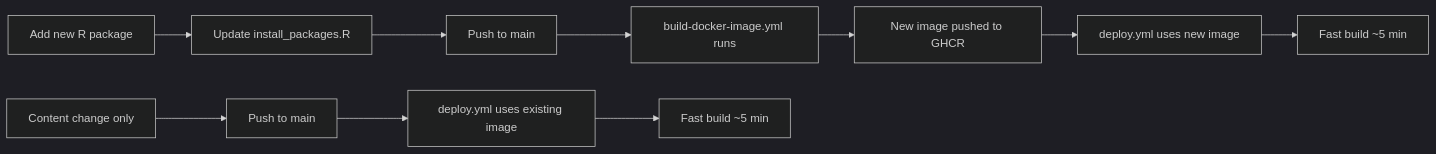
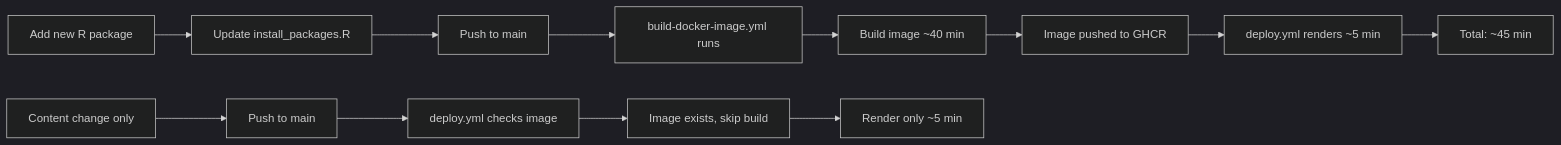
The diagram in DOCKER.md (stanstrup/figure_presentation), drawn with Mermaid (dark theme) before and after one commit. The commit also changed other lines of this file and 1 other file, not shown here.

First line of the commit message:
Fix documentation with accurate Docker build timings

````diff
--- a/DOCKER.md
+++ b/DOCKER.md
@@ -42,13 +44,15 @@
 ```mermaid
 graph LR
     A[Add new R package] --> B[Update install_packages.R]
     B --> C[Push to main]
     C --> D[build-docker-image.yml runs]
-    D --> E[New image pushed to GHCR]
-    E --> F[deploy.yml uses new image]
-    F --> G[Fast build ~5 min]
+    D --> E[Build image ~40 min]
+    E --> F[Image pushed to GHCR]
+    F --> G[deploy.yml renders ~5 min]
+    G --> H[Total: ~45 min]
 
-    H[Content change only] --> C2[Push to main]
-    C2 --> F2[deploy.yml uses existing image]
-    F2 --> G2[Fast build ~5 min]
+    I[Content change only] --> J[Push to main]
+    J --> K[deploy.yml checks image]
+    K --> L[Image exists, skip build]
+    L --> M[Render only ~5 min]
 ```
````
